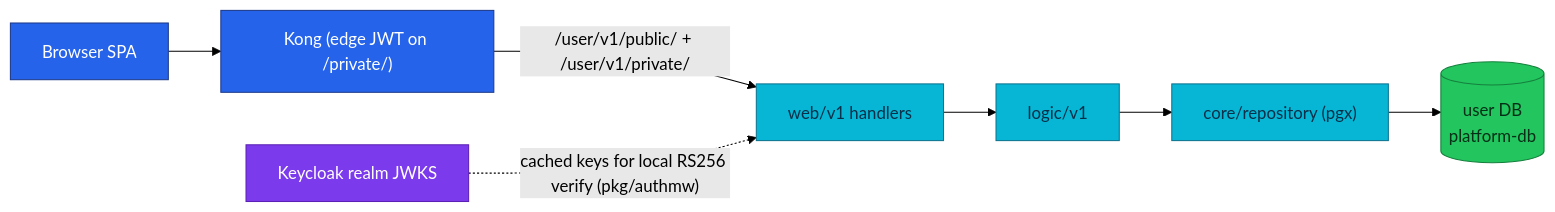
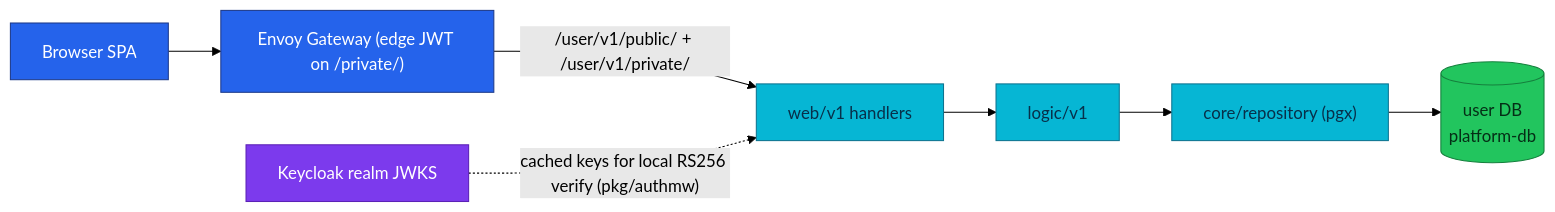
Before and after one commit to duynhlab/homelab: the diagram in docs/api/user.md, drawn with Mermaid (forest theme). The commit also changed other lines of this file and 28 other files, not shown here.

````diff
--- a/docs/api/user.md
+++ b/docs/api/user.md
@@ -61,18 +61,18 @@
 ```mermaid
 flowchart LR
-    SPA["Browser SPA"] --> Kong["Kong (edge JWT on /private/)"]
-    Kong -->|"/user/v1/public/ + /user/v1/private/"| Web["web/v1 handlers"]
+    SPA["Browser SPA"] --> Edge["Envoy Gateway (edge JWT on /private/)"]
+    Edge -->|"/user/v1/public/ + /user/v1/private/"| Web["web/v1 handlers"]
     Web --> Logic["logic/v1"]
     Logic --> Repo["core/repository (pgx)"]
     Repo --> DB[("user DB<br/>platform-db")]
     KC["Keycloak realm JWKS"] -.->|"cached keys for local RS256 verify (pkg/authmw)"| Web
 
     classDef edge fill:#2563eb,color:#fff,stroke:#1e3a8a;
     classDef service fill:#06b6d4,color:#082f49,stroke:#0e7490;
     classDef data fill:#22c55e,color:#052e16,stroke:#15803d;
     classDef platform fill:#7c3aed,color:#fff,stroke:#5b21b6;
-    class SPA,Kong edge;
+    class SPA,Edge edge;
     class Web,Logic,Repo service;
     class DB data;
     class KC platform;
 ```
````
